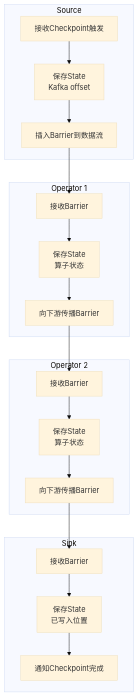
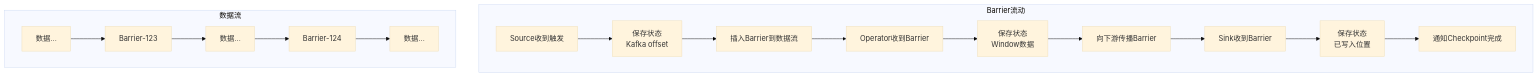
One commit to 312268112/advanced-java changed diagram 12 of 23 in pipeline-framework-design.md. Above: the diagram before and after it, drawn with Mermaid (base theme). The commit also changed other lines of this file, not shown here.

````diff
--- a/pipeline-framework-design.md
+++ b/pipeline-framework-design.md
@@ -1398,31 +687,20 @@
 ```mermaid
 graph TB
-    subgraph "Source"
-        S1[接收Checkpoint触发]
-        S2[保存State<br/>Kafka offset]
-        S3[插入Barrier到数据流]
+    subgraph "Barrier流动"
+        S1[Source收到触发] --> S2[保存状态<br/>Kafka offset]
+        S2 --> S3[插入Barrier到数据流]
+        S3 --> O1[Operator收到Barrier]
+        O1 --> O2[保存状态<br/>Window数据]
+        O2 --> O3[向下游传播Barrier]
+        O3 --> K1[Sink收到Barrier]
+        K1 --> K2[保存状态<br/>已写入位置]
+        K2 --> K3[通知Checkpoint完成]
     end
     
-    subgraph "Operator 1"
-        O1[接收Barrier]
-        O2[保存State<br/>算子状态]
-        O3[向下游传播Barrier]
+    subgraph "数据流"
+        Data1[数据...] --> B1[Barrier-123]
+        B1 --> Data2[数据...]
+        Data2 --> B2[Barrier-124]
+        B2 --> Data3[数据...]
     end
-    
-    subgraph "Operator 2"
-        O4[接收Barrier]
-        O5[保存State<br/>算子状态]
-        O6[向下游传播Barrier]
-    end
-    
-    subgraph "Sink"
-        K1[接收Barrier]
-        K2[保存State<br/>已写入位置]
-        K3[通知Checkpoint完成]
-    end
-    
-    S1 --> S2 --> S3
-    S3 --> O1 --> O2 --> O3
-    O3 --> O4 --> O5 --> O6
-    O6 --> K1 --> K2 --> K3
 ```
````
